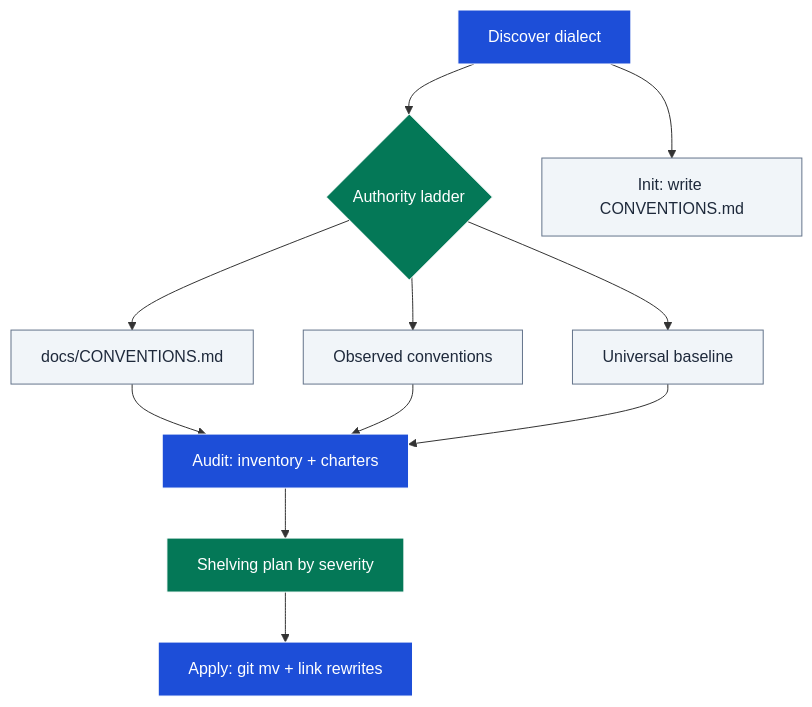
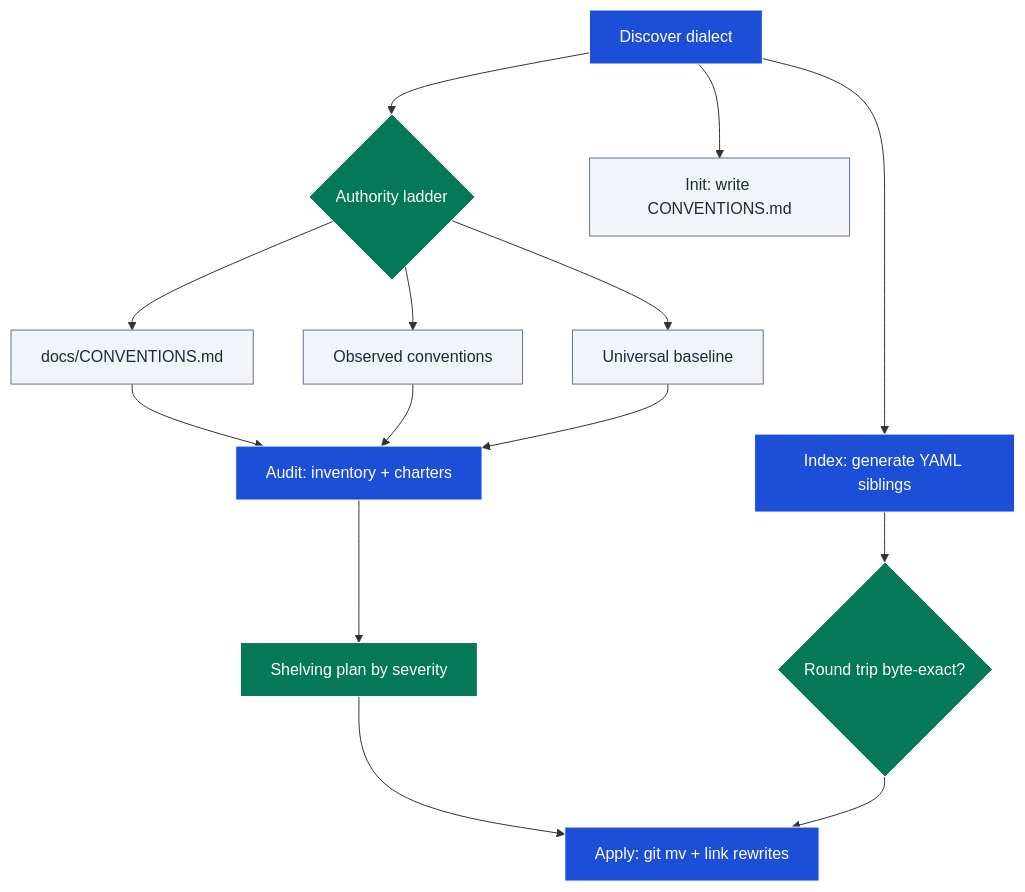
The diagram in skills/librarian/README.md (neozenith/agentic-dotfiles), drawn with Mermaid before and after one commit. The commit also changed other lines of this file and 27 other files, not shown here.

````diff
--- a/skills/librarian/README.md
+++ b/skills/librarian/README.md
@@ -45,20 +73,23 @@
 ```mermaid
 flowchart TD
     D[Discover dialect] --> L{Authority ladder}
     L --> C[docs/CONVENTIONS.md]
     L --> O[Observed conventions]
     L --> B[Universal baseline]
     C --> A[Audit: inventory + charters]
     O --> A
     B --> A
     A --> S[Shelving plan by severity]
     S --> AP[Apply: git mv + link rewrites]
     D --> I[Init: write CONVENTIONS.md]
+    D --> X[Index: generate YAML siblings]
+    X --> V{Round trip byte-exact?}
+    V --> AP
 
     classDef primary fill:#1d4ed8,stroke:#fff,color:#fff
     classDef secondary fill:#f1f5f9,stroke:#64748b,color:#1e293b
     classDef accent fill:#047857,stroke:#fff,color:#fff
-    class D,A,AP primary
+    class D,A,AP,X primary
     class C,O,B,I secondary
-    class L,S accent
+    class L,S,V accent
 ```
````
